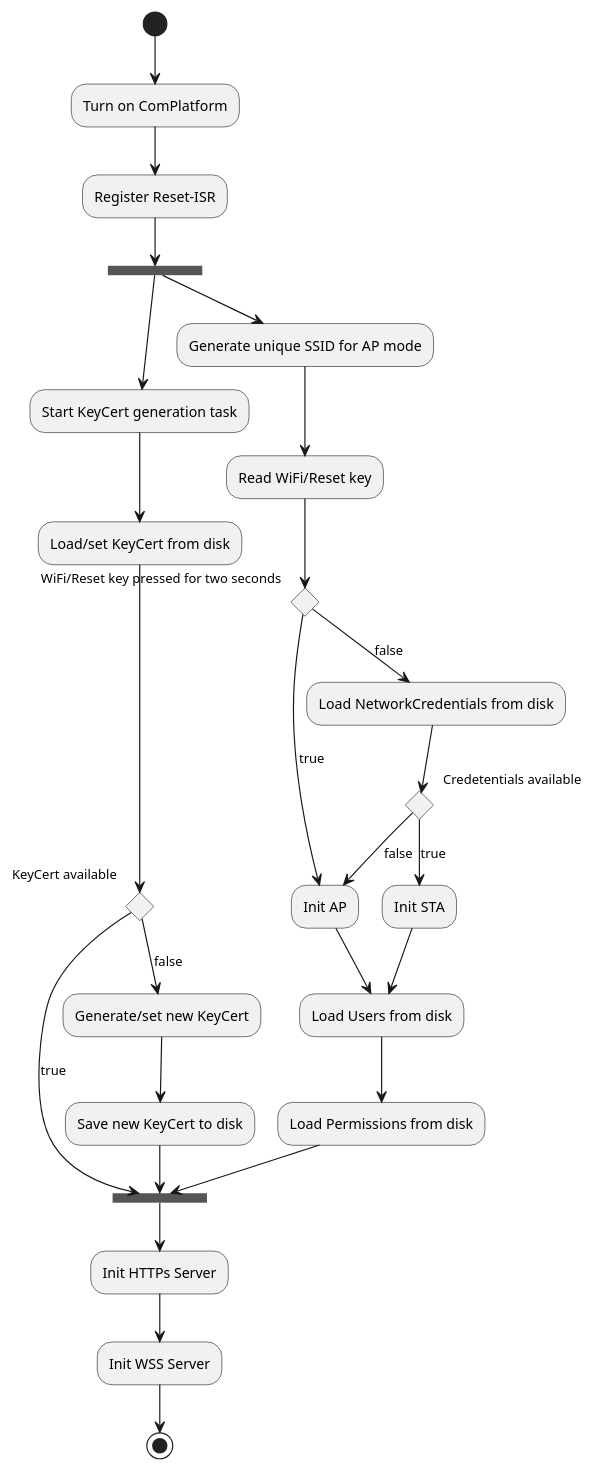
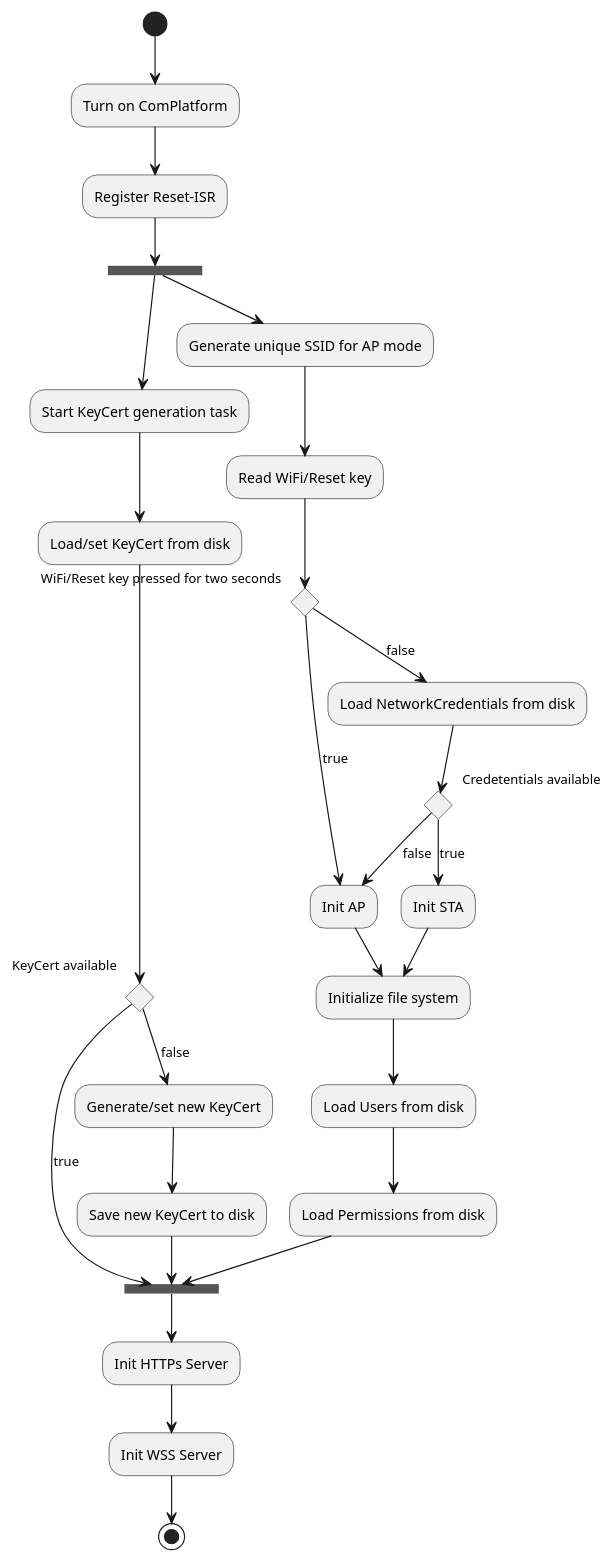
Before and after one commit to NewTec-GmbH/ZumoComSystem: the diagram in doc/design/server/ActivityDiagrams/01_System_Init.plantuml, drawn with PlantUML. The commit also changed 7 other files, not shown here.

Commit message:
refactor(server): Initialize FS at system start #45

```diff
--- a/doc/design/server/ActivityDiagrams/01_System_Init.plantuml
+++ b/doc/design/server/ActivityDiagrams/01_System_Init.plantuml
@@ -1,36 +1,37 @@
 @startuml
 (*) --> "Turn on ComPlatform"
 --> "Register Reset-ISR"
 --> === S1 ===
 --> "Start KeyCert generation task"
 --> "Load/set KeyCert from disk"
 
 if "KeyCert available" then
     --> [true] === S2 ===
 else 
     --> [false] "Generate/set new KeyCert"
     --> "Save new KeyCert to disk"
     --> === S2 ===
 endif
 
 === S1 === --> "Generate unique SSID for AP mode"
 --> "Read WiFi/Reset key"
 
 if "WiFi/Reset key pressed for two seconds" then
     --> [true] "Init AP" as initap
 else
     --> [false] "Load NetworkCredentials from disk"
     if "Credetentials available" then
         --> [true] "Init STA"
-        --> "Load Users from disk"
+        --> "Initialize file system"
 else 
         --> [false] initap
 endif
 
+--> "Initialize file system"
 --> "Load Users from disk"
 --> "Load Permissions from disk"
 --> === S2 ===
 --> "Init HTTPs Server"
 --> "Init WSS Server"
 --> (*)
 @enduml
```
